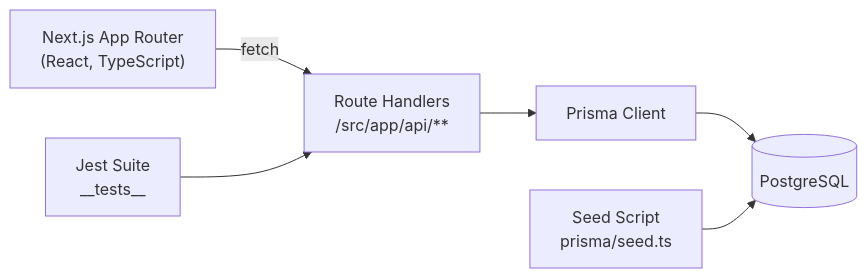
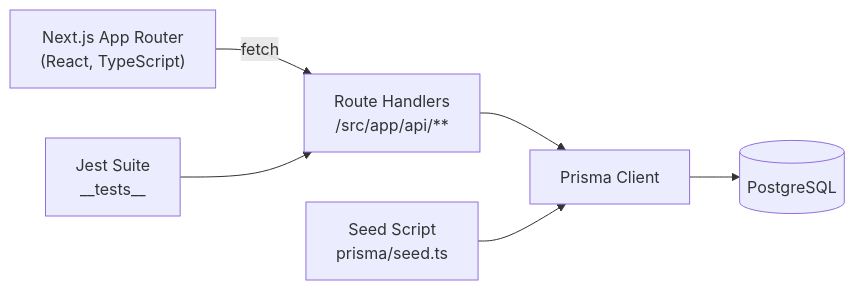
One commit to Brad-M2K/events-platform-se-bm changed the diagram in README.md. Above: the diagram before and after it, drawn with Mermaid. The commit also changed other lines of this file and 3 other files, not shown here.

Commit message:
UPDATE: read me with author credit and also db schema diagram image;

````diff
--- a/README.md
+++ b/README.md
@@ -23,8 +23,8 @@
 ```mermaid
 flowchart LR
     Browser["Next.js App Router\n(React, TypeScript)"] -->|fetch| API["Route Handlers\n/src/app/api/**"]
     API --> Prisma["Prisma Client"]
     Prisma --> Postgres[(PostgreSQL)]
-    Seed["Seed Script\nprisma/seed.ts"] --> Postgres
+    Seed["Seed Script\nprisma/seed.ts"] --> Prisma
     Tests["Jest Suite\n__tests__"] --> API
 ```
````
